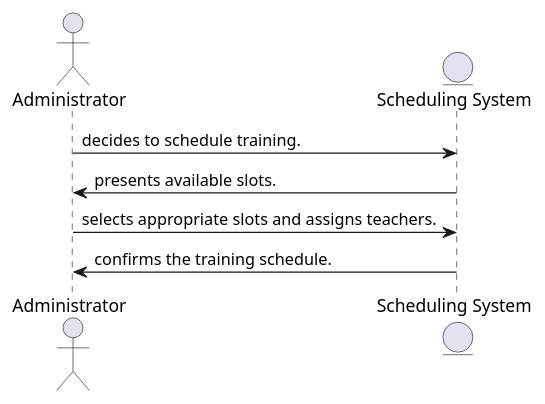
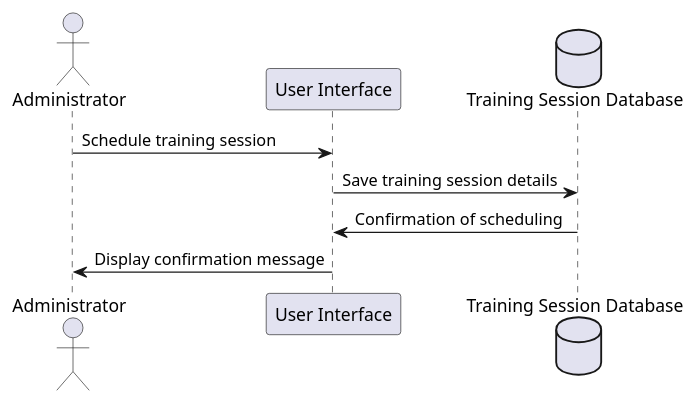
One commit to rkerkides/Teacher-Management-App changed the diagram in Diagrams/Sequence Diagrams/UserStory5.puml. Above: the diagram before and after it, drawn with PlantUML. The commit also changed 8 other files, not shown here.

Commit message:
update diagrams

```diff
--- a/Diagrams/Sequence Diagrams/UserStory5.puml
+++ b/Diagrams/Sequence Diagrams/UserStory5.puml
@@ -1,8 +1,10 @@
 @startuml
-actor Administrator
-entity "Scheduling System" as SchedulingSystem
-Administrator -> SchedulingSystem: decides to schedule training.
-SchedulingSystem -> Administrator: presents available slots.
-Administrator -> SchedulingSystem: selects appropriate slots and assigns teachers.
-SchedulingSystem -> Administrator: confirms the training schedule.
+actor "Administrator" as Admin
+participant "User Interface" as UI
+database "Training Session Database" as TSD
+
+Admin -> UI : Schedule training session
+UI -> TSD : Save training session details
+TSD -> UI : Confirmation of scheduling
+UI -> Admin : Display confirmation message
 @enduml
```
